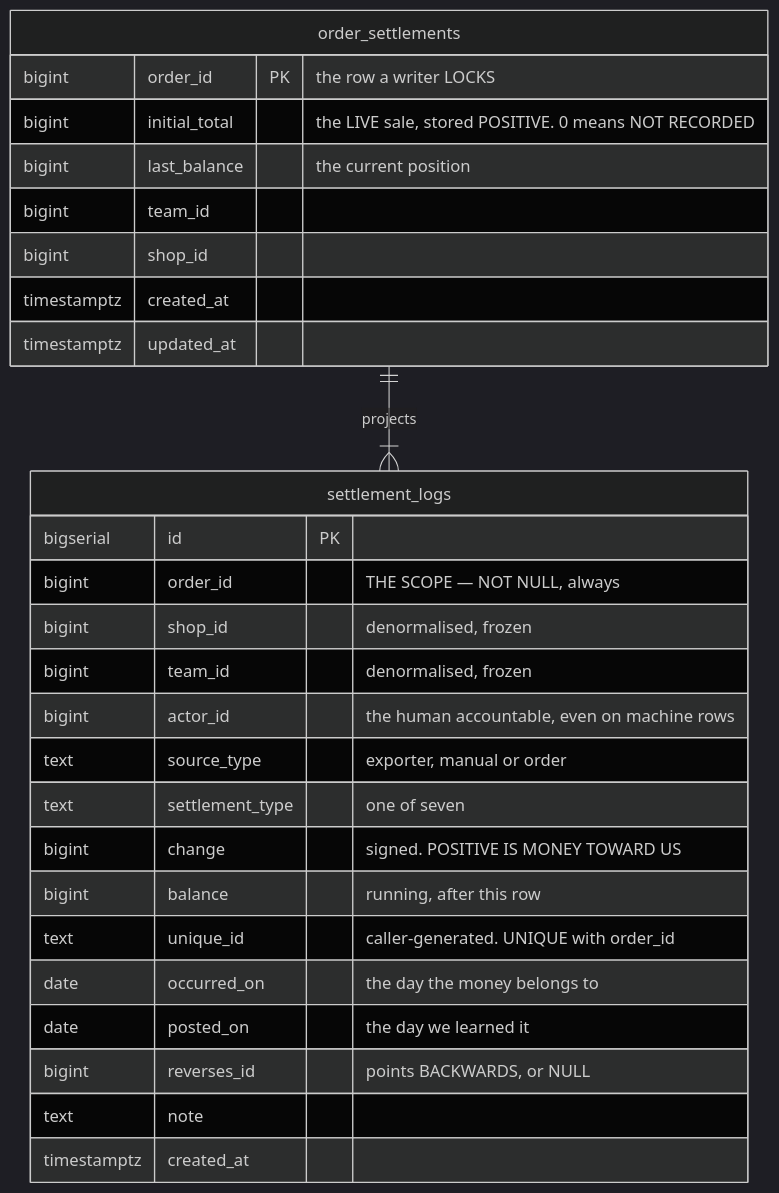
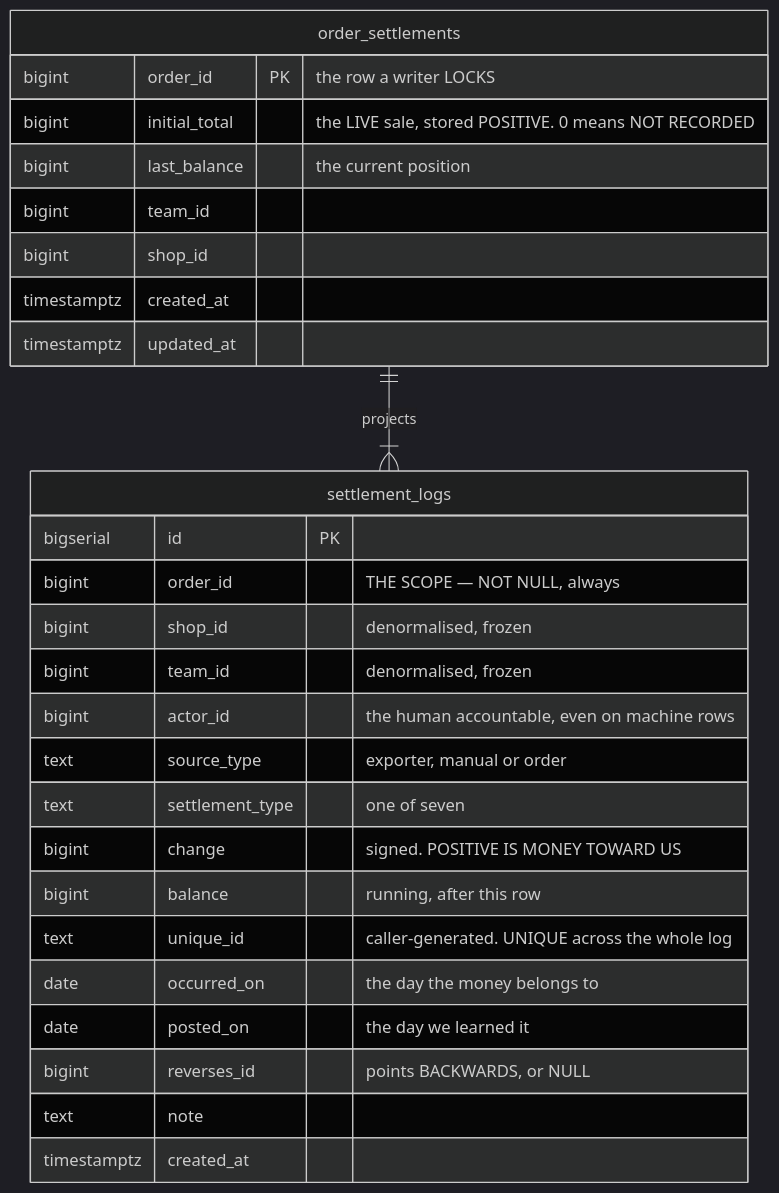
Diagram 13 of 13 in docs/database-schema.md (pdcgo/warehouse_revamp), drawn with Mermaid (dark theme) before and after one commit. The commit also changed other lines of this file and 21 other files, not shown here.

````diff
--- a/docs/database-schema.md
+++ b/docs/database-schema.md
@@ -1302,32 +1302,32 @@
 ```mermaid
 erDiagram
   settlement_logs {
     bigserial id PK
     bigint order_id "THE SCOPE — NOT NULL, always"
     bigint shop_id "denormalised, frozen"
     bigint team_id "denormalised, frozen"
     bigint actor_id "the human accountable, even on machine rows"
     text source_type "exporter, manual or order"
     text settlement_type "one of seven"
     bigint change "signed. POSITIVE IS MONEY TOWARD US"
     bigint balance "running, after this row"
-    text unique_id "caller-generated. UNIQUE with order_id"
+    text unique_id "caller-generated. UNIQUE across the whole log"
     date occurred_on "the day the money belongs to"
     date posted_on "the day we learned it"
     bigint reverses_id "points BACKWARDS, or NULL"
     text note
     timestamptz created_at
   }
 
   order_settlements {
     bigint order_id PK "the row a writer LOCKS"
     bigint initial_total "the LIVE sale, stored POSITIVE. 0 means NOT RECORDED"
     bigint last_balance "the current position"
     bigint team_id
     bigint shop_id
     timestamptz created_at
     timestamptz updated_at
   }
 
   order_settlements ||--|{ settlement_logs : projects
 ```
````
